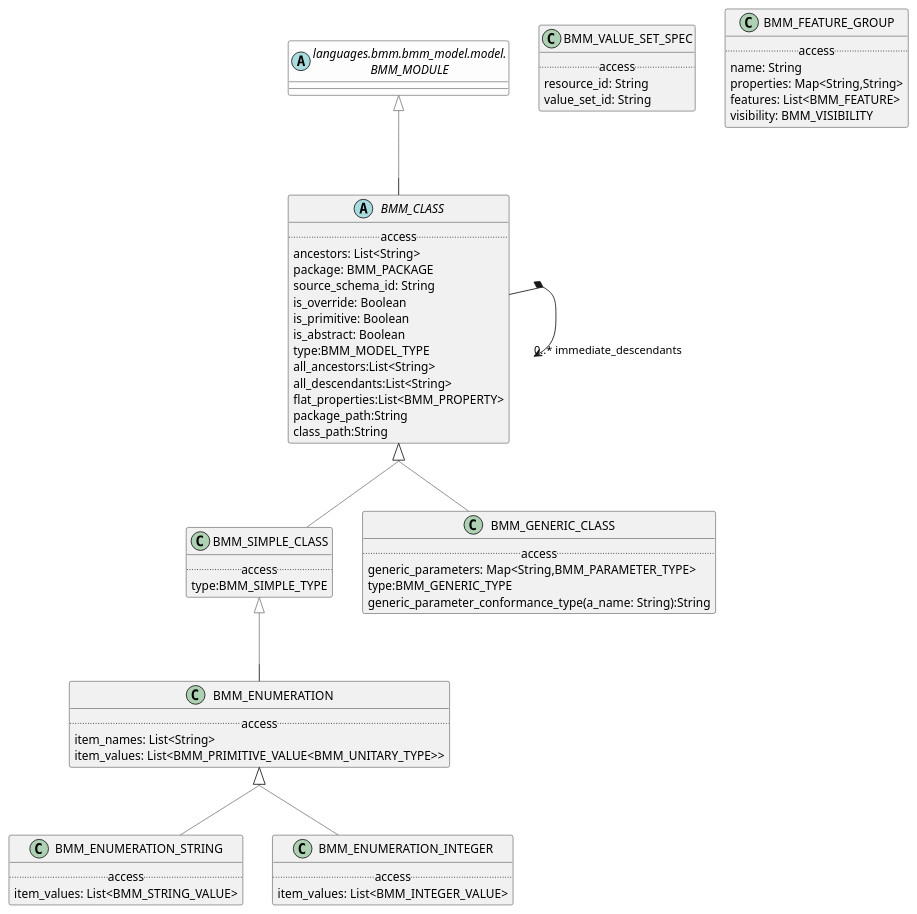
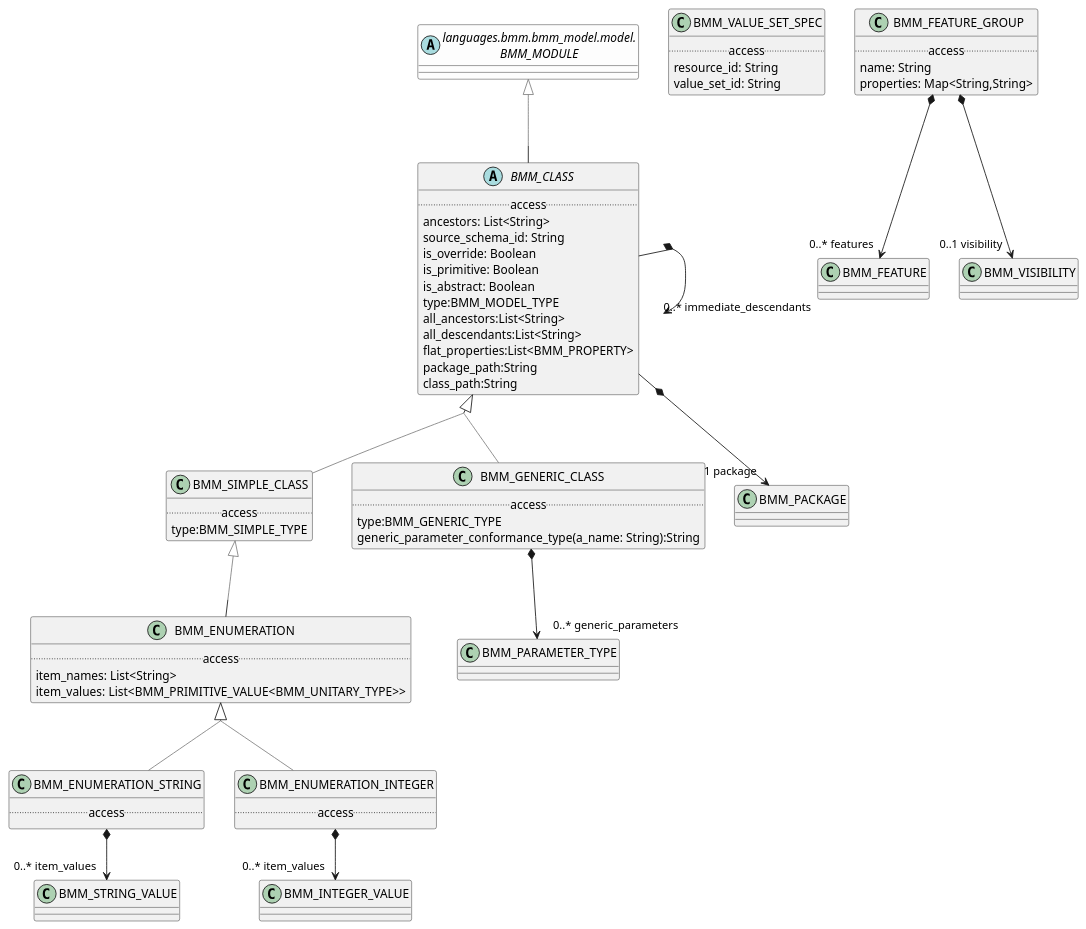
Before and after one commit to wolandscat/openehr-doc: the diagram in modules/ROOT/examples/bmm/languages/bmm/bmm_model/class/class-package-uml.adoc, drawn with PlantUML. The commit also changed 30 other files, not shown here.

```diff
--- a/modules/ROOT/examples/bmm/languages/bmm/bmm_model/class/class-package-uml.adoc
+++ b/modules/ROOT/examples/bmm/languages/bmm/bmm_model/class/class-package-uml.adoc
@@ -16,15 +16,15 @@
 
 class BMM_ENUMERATION_STRING [[/openehr-doc/latest/languages/bmm-gen.html#_class_bmm_enumeration_string]] {
         .. access ..
-        item_values: List<BMM_STRING_VALUE>
 }
 
 BMM_ENUMERATION_STRING -[#gray]up-|> BMM_ENUMERATION  
 
 
+BMM_ENUMERATION_STRING *--> "0..* item_values" BMM_STRING_VALUE
+
 class BMM_GENERIC_CLASS [[/openehr-doc/latest/languages/bmm-gen.html#_class_bmm_generic_class]] {
         .. access ..
-        generic_parameters: Map<String,BMM_PARAMETER_TYPE>
         type:BMM_GENERIC_TYPE
         generic_parameter_conformance_type(a_name: String):String
 }
@@ -32,18 +32,20 @@
 BMM_GENERIC_CLASS -[#gray]up-|> BMM_CLASS  
 
 
+BMM_GENERIC_CLASS *--> "0..* generic_parameters" BMM_PARAMETER_TYPE
+
 class BMM_ENUMERATION_INTEGER [[/openehr-doc/latest/languages/bmm-gen.html#_class_bmm_enumeration_integer]] {
         .. access ..
-        item_values: List<BMM_INTEGER_VALUE>
 }
 
 BMM_ENUMERATION_INTEGER -[#gray]up-|> BMM_ENUMERATION  
 
 
+BMM_ENUMERATION_INTEGER *--> "0..* item_values" BMM_INTEGER_VALUE
+
 abstract class BMM_CLASS [[/openehr-doc/latest/languages/bmm-gen.html#_class_bmm_class]] {
         .. access ..
         ancestors: List<String>
-        package: BMM_PACKAGE
         source_schema_id: String
         is_override: Boolean
         is_primitive: Boolean
@@ -58,6 +60,8 @@
 
 BMM_CLASS -[#gray]up-|> BMM_MODULE  
 
+
+BMM_CLASS *--> "1 package" BMM_PACKAGE
 
 BMM_CLASS *--> "0..* immediate_descendants" BMM_CLASS
 
@@ -81,10 +85,12 @@
         .. access ..
         name: String
         properties: Map<String,String>
-        features: List<BMM_FEATURE>
-        visibility: BMM_VISIBILITY
 }
 
+
+BMM_FEATURE_GROUP *--> "0..* features" BMM_FEATURE
+
+BMM_FEATURE_GROUP *--> "0..1 visibility" BMM_VISIBILITY
 abstract class "languages.bmm.bmm_model.model.\nBMM_MODULE" as BMM_MODULE  [[/openehr-doc/latest/languages/bmm-gen.html#_class_bmm_module]] #FDFDFD {
 }
 
```
